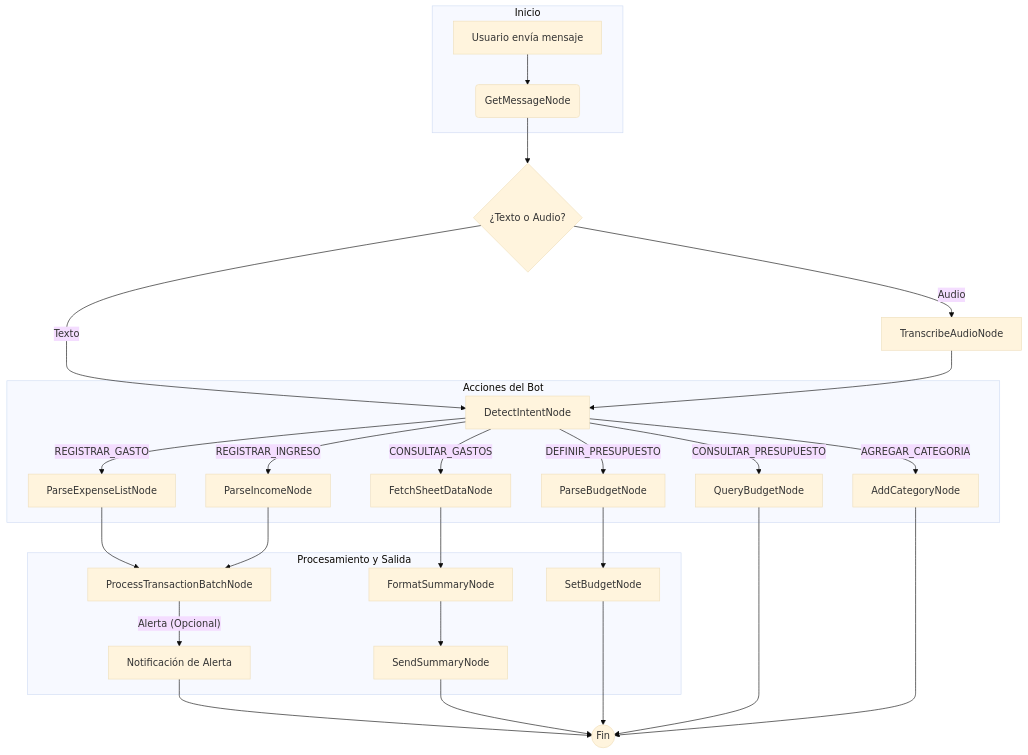
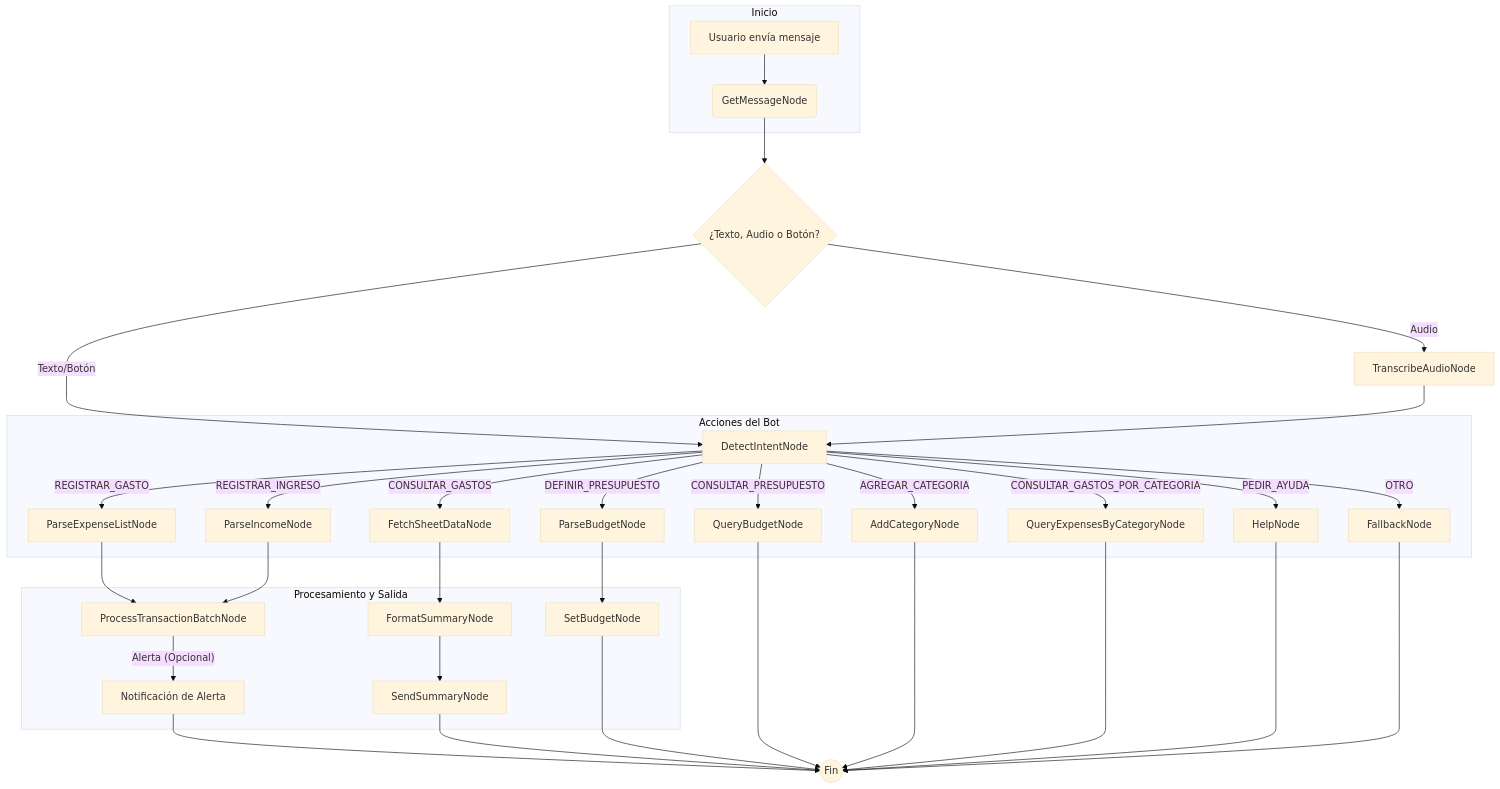
The diagram in README.md (Juanchoalric/flux), drawn with Mermaid (base theme) before and after one commit. The commit also changed other lines of this file and 4 other files, not shown here.

Commit message:
Added fallback and help intents

````diff
--- a/README.md
+++ b/README.md
@@ -32,35 +34,41 @@
 ```mermaid
 flowchart TD
     subgraph "Inicio"
         A[Usuario envía mensaje] --> B(GetMessageNode);
     end
 
-    B --> C{¿Texto o Audio?};
-    C -- Texto --> E[DetectIntentNode];
+    B --> C{¿Texto, Audio o Botón?};
+    C -- Texto/Botón --> E[DetectIntentNode];
     C -- Audio --> D[TranscribeAudioNode];
     D --> E;
 
     subgraph "Acciones del Bot"
         E -- REGISTRAR_GASTO --> F[ParseExpenseListNode];
         E -- REGISTRAR_INGRESO --> G[ParseIncomeNode];
         E -- CONSULTAR_GASTOS --> H[FetchSheetDataNode];
         E -- DEFINIR_PRESUPUESTO --> I[ParseBudgetNode];
         E -- CONSULTAR_PRESUPUESTO --> J[QueryBudgetNode];
         E -- AGREGAR_CATEGORIA --> Q[AddCategoryNode];
+        E -- CONSULTAR_GASTOS_POR_CATEGORIA --> R[QueryExpensesByCategoryNode];
+        E -- PEDIR_AYUDA --> S[HelpNode];
+        E -- OTRO --> T[FallbackNode];
     end
 
     F --> K[ProcessTransactionBatchNode];
     G --> K;
     
     subgraph "Procesamiento y Salida"
         K -- Alerta (Opcional) --> L[Notificación de Alerta];
         H --> M[FormatSummaryNode] --> N[SendSummaryNode];
         I --> O[SetBudgetNode];
     end
     
     L --> P((Fin));
     N --> P;
     O --> P;
     J --> P;
     Q --> P;
+    R --> P;
+    S --> P;
+    T --> P;
 ```
````
